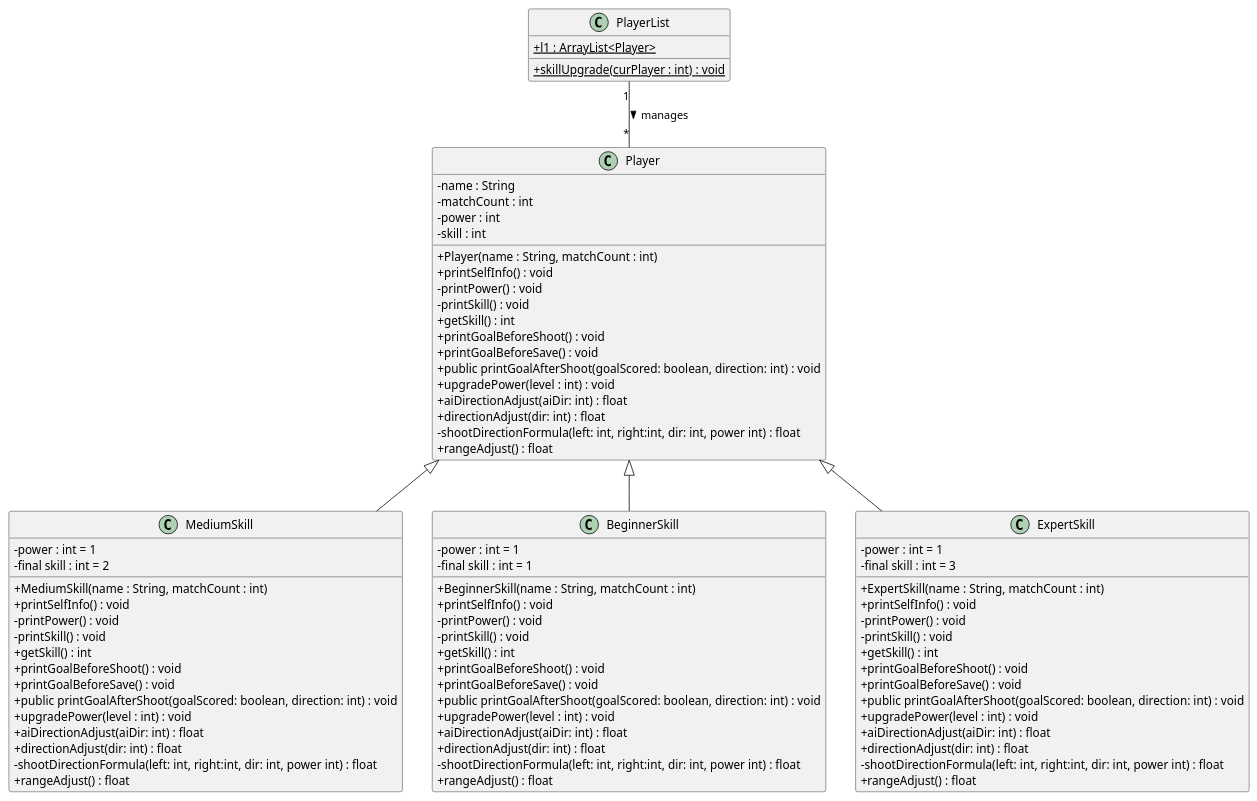
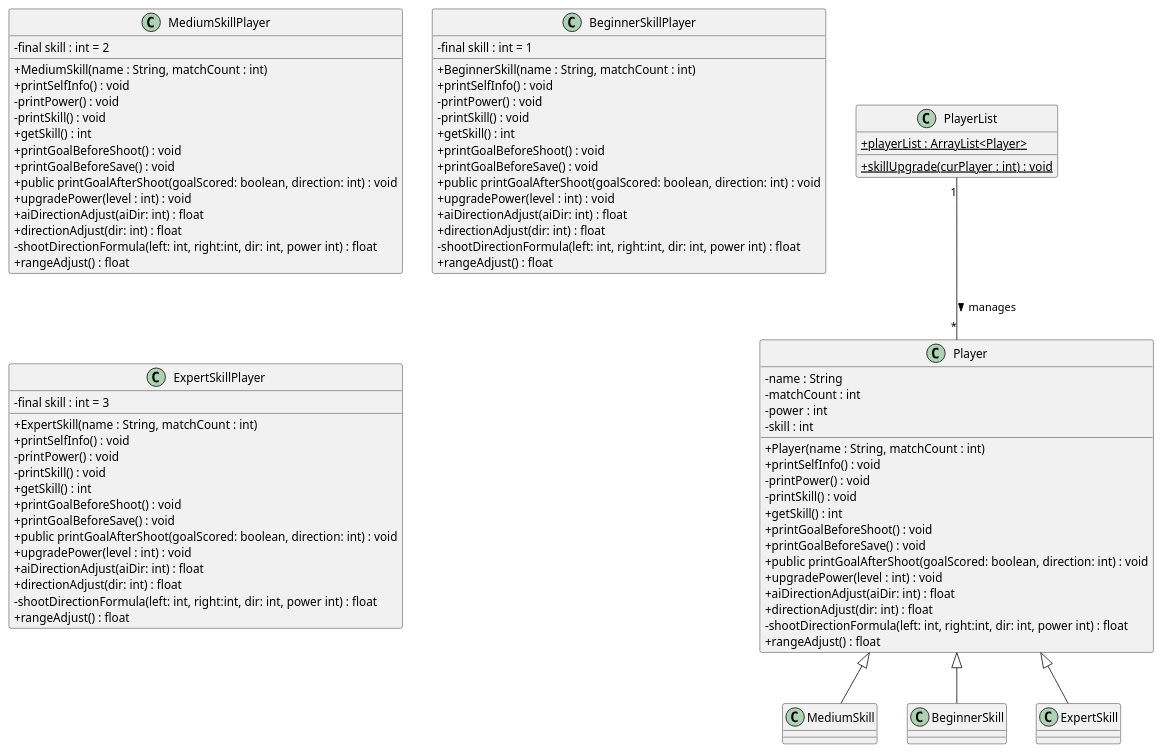
The diagram in docs/diagrams/player.puml (runxinghuan/tp), drawn with PlantUML before and after one commit. The commit also changed 7 other files, not shown here.

```diff
--- a/docs/diagrams/player.puml
+++ b/docs/diagrams/player.puml
@@ -1,90 +1,87 @@
 @startuml FootballPenaltyShooterGameClassDiagram
 
 skinparam classAttributeIconSize 0
 
 class Player {
     - name : String
     - matchCount : int
     - power : int
     - skill : int
     + Player(name : String, matchCount : int)
     + printSelfInfo() : void
     - printPower() : void
     - printSkill() : void
     + getSkill() : int
     + printGoalBeforeShoot() : void
     + printGoalBeforeSave() : void
     + public printGoalAfterShoot(goalScored: boolean, direction: int) : void
     + upgradePower(level : int) : void
     + aiDirectionAdjust(aiDir: int) : float
     + directionAdjust(dir: int) : float
     - shootDirectionFormula(left: int, right:int, dir: int, power int) : float
     + rangeAdjust() : float
 }
 
-class MediumSkill {
-    - power : int = 1
+class MediumSkillPlayer {
     - final skill : int = 2
     + MediumSkill(name : String, matchCount : int)
     + printSelfInfo() : void
     - printPower() : void
     - printSkill() : void
     + getSkill() : int
     + printGoalBeforeShoot() : void
     + printGoalBeforeSave() : void
     + public printGoalAfterShoot(goalScored: boolean, direction: int) : void
     + upgradePower(level : int) : void
     + aiDirectionAdjust(aiDir: int) : float
     + directionAdjust(dir: int) : float
     - shootDirectionFormula(left: int, right:int, dir: int, power int) : float
     + rangeAdjust() : float
 }
 
-class BeginnerSkill {
-    - power : int = 1
+class BeginnerSkillPlayer {
     - final skill : int = 1
     + BeginnerSkill(name : String, matchCount : int)
     + printSelfInfo() : void
     - printPower() : void
     - printSkill() : void
     + getSkill() : int
     + printGoalBeforeShoot() : void
     + printGoalBeforeSave() : void
     + public printGoalAfterShoot(goalScored: boolean, direction: int) : void
     + upgradePower(level : int) : void
     + aiDirectionAdjust(aiDir: int) : float
     + directionAdjust(dir: int) : float
     - shootDirectionFormula(left: int, right:int, dir: int, power int) : float
     + rangeAdjust() : float
 }
 
-class ExpertSkill {
-    - power : int = 1
+class ExpertSkillPlayer {
     - final skill : int = 3
     + ExpertSkill(name : String, matchCount : int)
     + printSelfInfo() : void
     - printPower() : void
     - printSkill() : void
     + getSkill() : int
     + printGoalBeforeShoot() : void
     + printGoalBeforeSave() : void
     + public printGoalAfterShoot(goalScored: boolean, direction: int) : void
     + upgradePower(level : int) : void
     + aiDirectionAdjust(aiDir: int) : float
     + directionAdjust(dir: int) : float
     - shootDirectionFormula(left: int, right:int, dir: int, power int) : float
     + rangeAdjust() : float
 }
 
 class PlayerList {
-    + {static} l1 : ArrayList<Player>
+    + {static} playerList : ArrayList<Player>
     + {static} skillUpgrade(curPlayer : int) : void
 }
 
 Player <|-- MediumSkill
 Player <|-- BeginnerSkill
 Player <|-- ExpertSkill
 
 PlayerList "1" -- "*" Player : manages >
 
 @enduml
```
